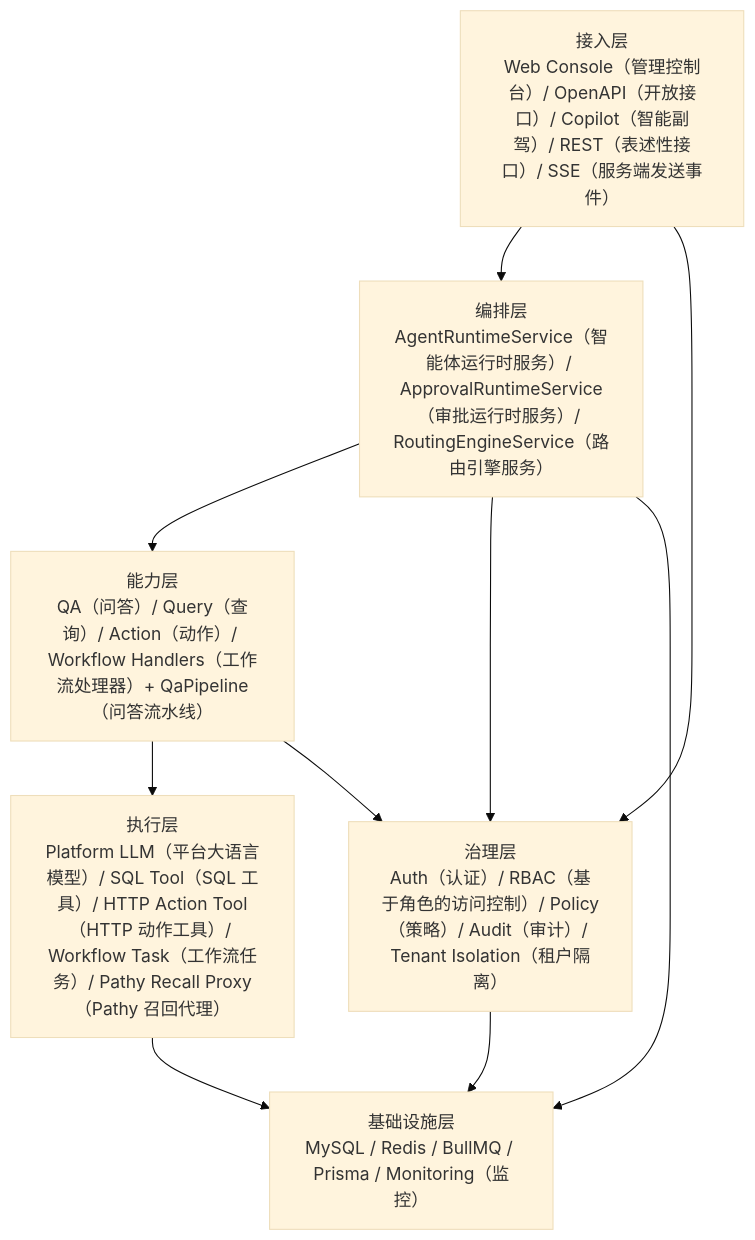
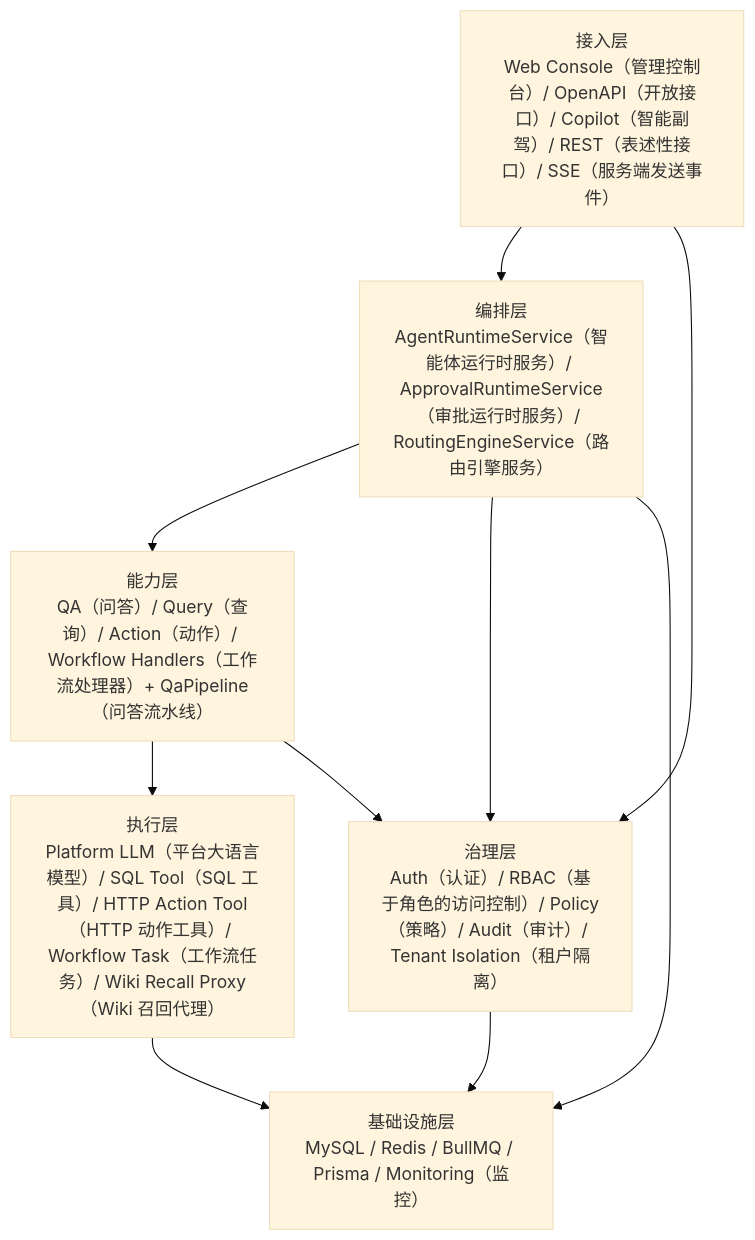
The third of 3 diagrams in docs/system-architecture.md (wangfeifei-xsd/shellder-agent), drawn with Mermaid (base theme) before and after one commit. The commit also changed other lines of this file and 87 other files, not shown here.

````diff
--- a/docs/system-architecture.md
+++ b/docs/system-architecture.md
@@ -160,19 +160,19 @@
 ```mermaid
 flowchart TB
     A["接入层\nWeb Console（管理控制台）/ OpenAPI（开放接口）/ Copilot（智能副驾）/ REST（表述性接口）/ SSE（服务端发送事件）"]
     B["编排层\nAgentRuntimeService（智能体运行时服务）/ ApprovalRuntimeService（审批运行时服务）/ RoutingEngineService（路由引擎服务）"]
     C["能力层\nQA（问答）/ Query（查询）/ Action（动作）/ Workflow Handlers（工作流处理器）+ QaPipeline（问答流水线）"]
-    D["执行层\nPlatform LLM（平台大语言模型）/ SQL Tool（SQL 工具）/ HTTP Action Tool（HTTP 动作工具）/ Workflow Task（工作流任务）/ Pathy Recall Proxy（Pathy 召回代理）"]
+    D["执行层\nPlatform LLM（平台大语言模型）/ SQL Tool（SQL 工具）/ HTTP Action Tool（HTTP 动作工具）/ Workflow Task（工作流任务）/ Wiki Recall Proxy（Wiki 召回代理）"]
     E["治理层\nAuth（认证）/ RBAC（基于角色的访问控制）/ Policy（策略）/ Audit（审计）/ Tenant Isolation（租户隔离）"]
     F["基础设施层\nMySQL / Redis / BullMQ / Prisma / Monitoring（监控）"]
 
     A --> B
     B --> C
     C --> D
     B --> E
     C --> E
     A --> E
     D --> F
     E --> F
     B --> F
 ```
````
